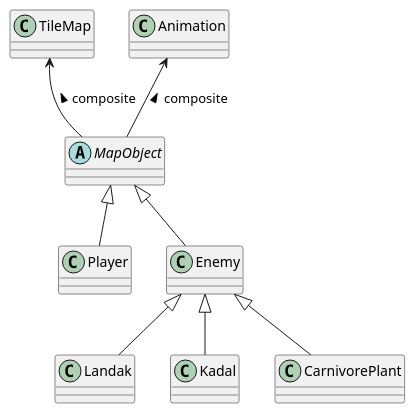
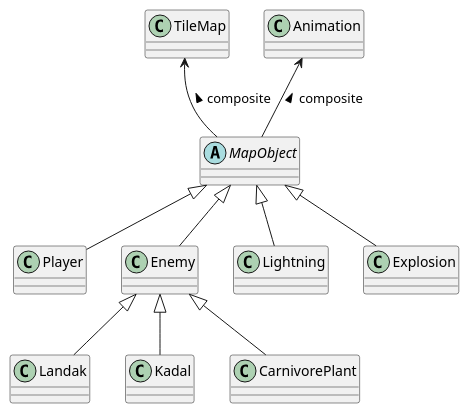
One commit to ryohilmi/peebojump changed the diagram in src/Entity/EntityRelationDiagram.puml. Above: the diagram before and after it, drawn with PlantUML. The commit also changed 1 other file, not shown here.

Commit message:
ganti fireball jadi Lightnign, tambah relation diagram buat Lightning dan Explosion

```diff
--- a/src/Entity/EntityRelationDiagram.puml
+++ b/src/Entity/EntityRelationDiagram.puml
@@ -1,10 +1,12 @@
 @startuml
 abstract class MapObject
 TileMap <-- MapObject : composite <
 Animation <-- MapObject : composite <
 MapObject <|-- Player
 MapObject <|-- Enemy
+MapObject <|-- Lightning
+MapObject <|-- Explosion
 Enemy <|-- Landak
 Enemy <|-- Kadal
 Enemy <|-- CarnivorePlant
 @enduml
```
